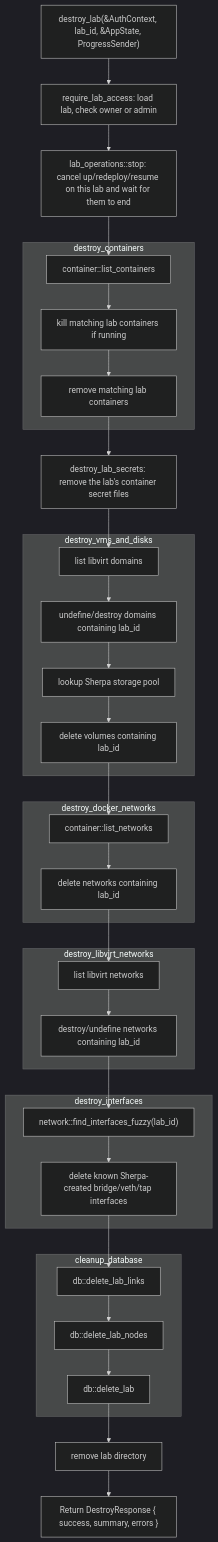
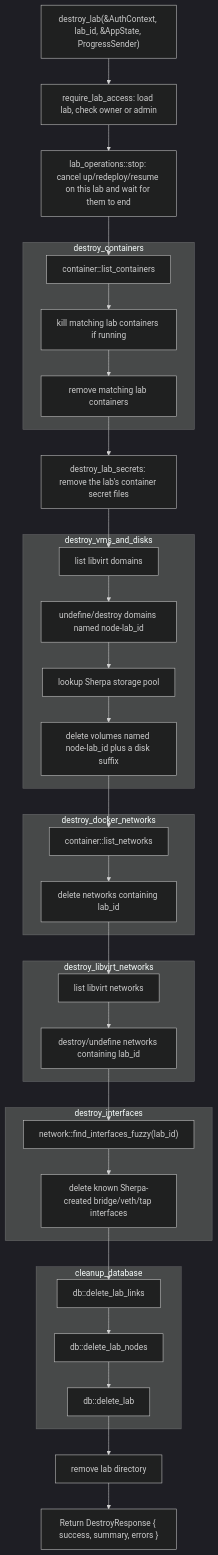
Before and after one commit to bwks/sherpa: diagram 15 of 26 in docs/architecture/SERVER.md, drawn with Mermaid (dark theme). The commit also changed other lines of this file and 20 other files, not shown here.

````diff
--- a/docs/architecture/SERVER.md
+++ b/docs/architecture/SERVER.md
@@ -557,32 +557,32 @@
 ```mermaid
 flowchart TB
     destroylab["destroy_lab(&AuthContext, lab_id, &AppState, ProgressSender)"] --> access["require_lab_access: load lab, check owner or admin"]
     access --> stopops["lab_operations::stop: cancel up/redeploy/resume on this lab and wait for them to end"]
     stopops --> listcontainers
     subgraph containers["destroy_containers"]
         listcontainers["container::list_containers"] --> kill["kill matching lab containers if running"] --> removecontainers["remove matching lab containers"]
     end
     removecontainers --> secrets["destroy_lab_secrets: remove the lab's container secret files"]
     secrets --> listdomains
     subgraph vms["destroy_vms_and_disks"]
-        listdomains["list libvirt domains"] --> undefine["undefine/destroy domains containing lab_id"] --> pool["lookup Sherpa storage pool"] --> volumes["delete volumes containing lab_id"]
+        listdomains["list libvirt domains"] --> undefine["undefine/destroy domains named node-lab_id"] --> pool["lookup Sherpa storage pool"] --> volumes["delete volumes named node-lab_id plus a disk suffix"]
     end
     volumes --> listnetworks
     subgraph dockernets["destroy_docker_networks"]
         listnetworks["container::list_networks"] --> deletenetworks["delete networks containing lab_id"]
     end
     deletenetworks --> listlibvirtnets
     subgraph libvirtnets["destroy_libvirt_networks"]
         listlibvirtnets["list libvirt networks"] --> undefinenets["destroy/undefine networks containing lab_id"]
     end
     undefinenets --> findifaces
     subgraph interfaces["destroy_interfaces"]
         findifaces["network::find_interfaces_fuzzy(lab_id)"] --> deleteifaces["delete known Sherpa-created bridge/veth/tap interfaces"]
     end
     deleteifaces --> deletelinks
     subgraph database["cleanup_database"]
         deletelinks["db::delete_lab_links"] --> deletenodes["db::delete_lab_nodes"] --> deletelab["db::delete_lab"]
     end
     deletelab --> removedir["remove lab directory"]
     removedir --> response["Return DestroyResponse { success, summary, errors }"]
 ```
````
